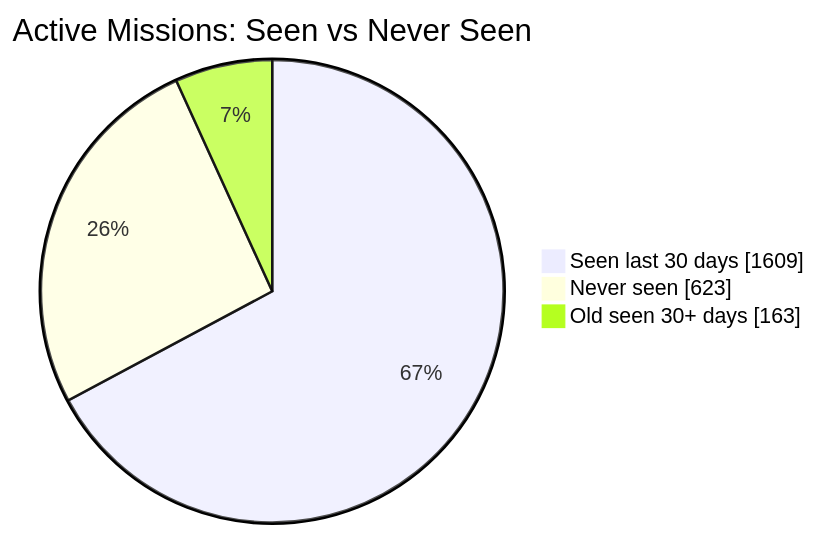
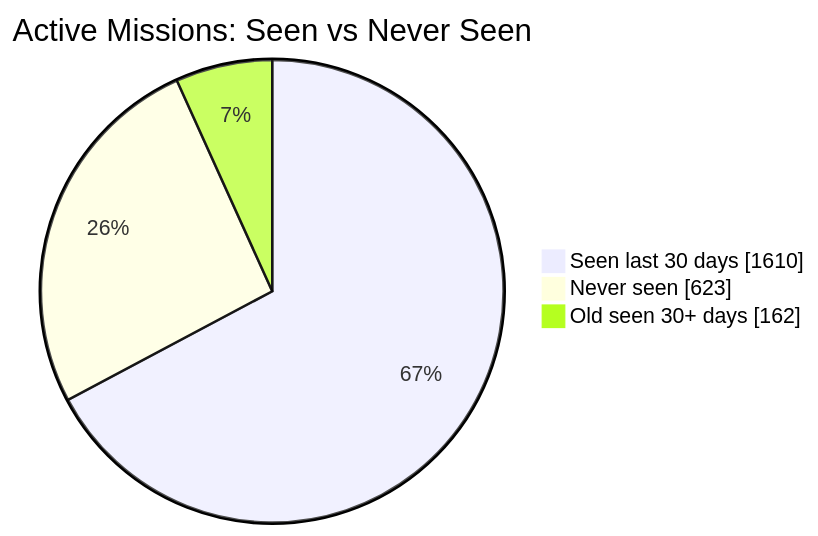
The first of 2 diagrams in README.md (MeldkamerspelGameTeam/active-missions), drawn with Mermaid before and after one commit. The commit also changed other lines of this file and 2 other files, not shown here.

````diff
--- a/README.md
+++ b/README.md
@@ -34,7 +34,7 @@
 ```mermaid
 pie showData
     title Active Missions: Seen vs Never Seen
-    "Seen last 30 days" : 1609
+    "Seen last 30 days" : 1610
     "Never seen" : 623
-    "Old seen 30+ days" : 163
+    "Old seen 30+ days" : 162
 ```
````
